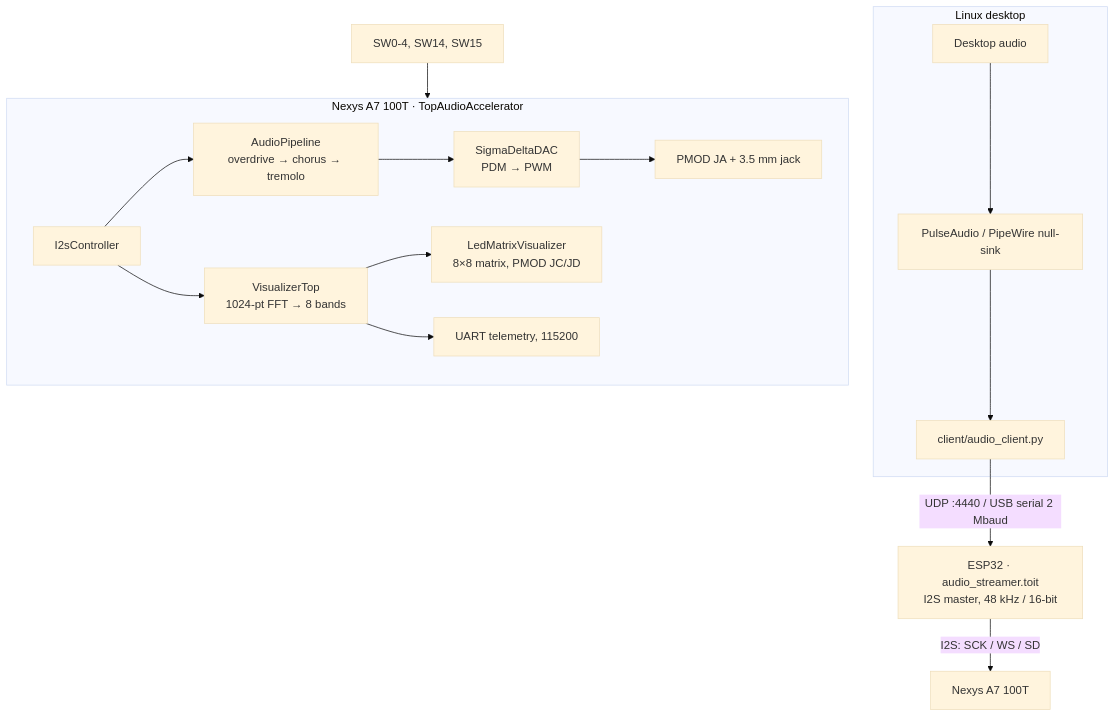
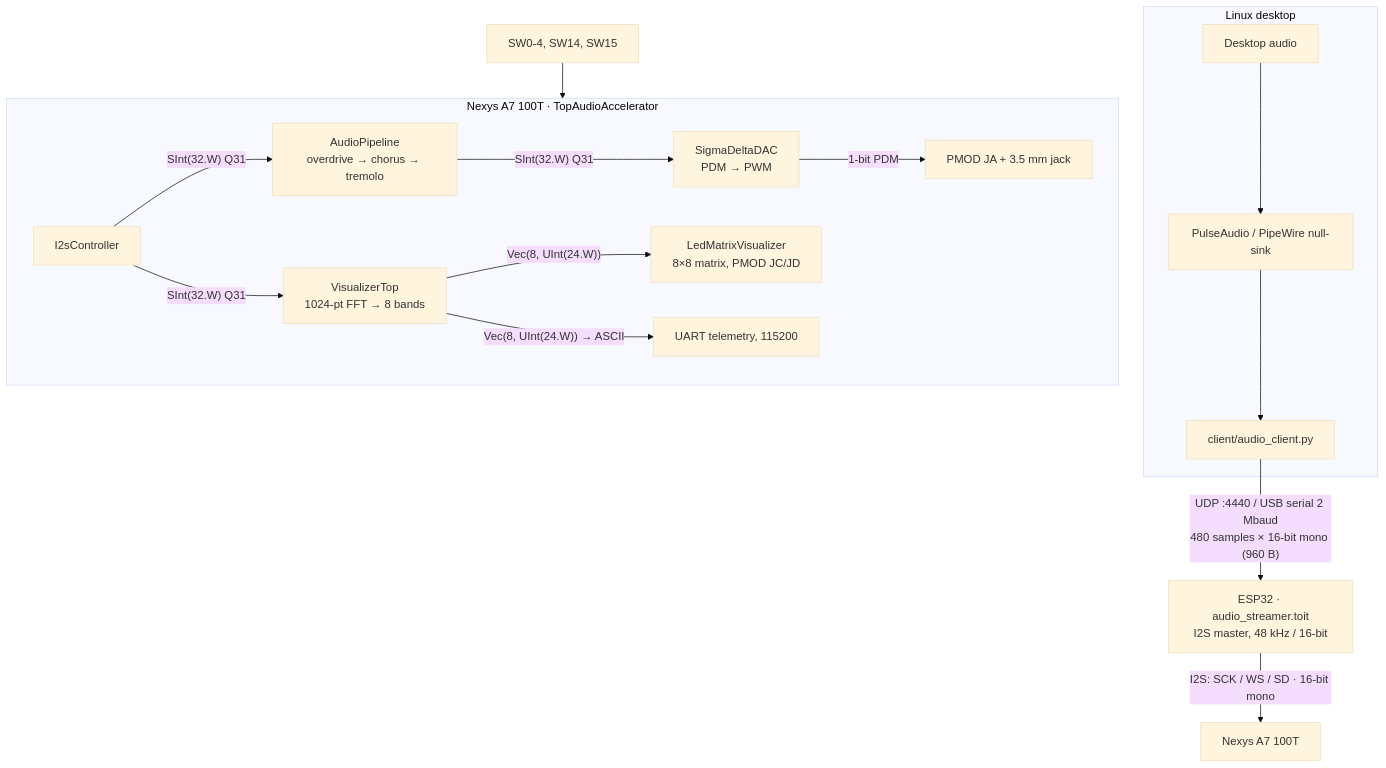
The diagram in diagrams/system-overview.md (mairup/fpga-accelerated-audio-player), drawn with Mermaid (base theme) before and after one commit. The commit also changed 4 other files, not shown here.

First line of the commit message:
diagrams: deterministic FPGA design-diagram generator + data types

````diff
--- a/diagrams/system-overview.md
+++ b/diagrams/system-overview.md
@@ -5,22 +5,22 @@
 ```mermaid
 flowchart TB
   subgraph PC["Linux desktop"]
     AUDIO["Desktop audio"] --> PA["PulseAudio / PipeWire null-sink"]
     PA --> CLIENT["client/audio_client.py"]
   end
 
-  CLIENT -- "UDP :4440 / USB serial 2 Mbaud" --> BRIDGE["ESP32 · audio_streamer.toit<br/>I2S master, 48 kHz / 16-bit"]
+  CLIENT -- "UDP :4440 / USB serial 2 Mbaud<br/>480 samples × 16-bit mono (960 B)" --> BRIDGE["ESP32 · audio_streamer.toit<br/>I2S master, 48 kHz / 16-bit"]
 
-  BRIDGE -- "I2S: SCK / WS / SD" --> FPGA["Nexys A7 100T"]
+  BRIDGE -- "I2S: SCK / WS / SD · 16-bit mono" --> FPGA["Nexys A7 100T"]
 
   subgraph FPGA2["Nexys A7 100T · TopAudioAccelerator"]
-    I2S["I2sController"] --> FX["AudioPipeline<br/>overdrive → chorus → tremolo"]
-    FX --> DAC["SigmaDeltaDAC<br/>PDM → PWM"]
-    DAC --> OUT["PMOD JA + 3.5 mm jack"]
-    I2S --> VIZ["VisualizerTop<br/>1024-pt FFT → 8 bands"]
-    VIZ --> MATRIX["LedMatrixVisualizer<br/>8×8 matrix, PMOD JC/JD"]
-    VIZ --> UART["UART telemetry, 115200"]
+    I2S["I2sController"] -- "SInt(32.W) Q31" --> FX["AudioPipeline<br/>overdrive → chorus → tremolo"]
+    FX -- "SInt(32.W) Q31" --> DAC["SigmaDeltaDAC<br/>PDM → PWM"]
+    DAC -- "1-bit PDM" --> OUT["PMOD JA + 3.5 mm jack"]
+    I2S -- "SInt(32.W) Q31" --> VIZ["VisualizerTop<br/>1024-pt FFT → 8 bands"]
+    VIZ -- "Vec(8, UInt(24.W))" --> MATRIX["LedMatrixVisualizer<br/>8×8 matrix, PMOD JC/JD"]
+    VIZ -- "Vec(8, UInt(24.W)) → ASCII" --> UART["UART telemetry, 115200"]
   end
 
   SW["SW0-4, SW14, SW15"] --> FPGA2
 ```
````
